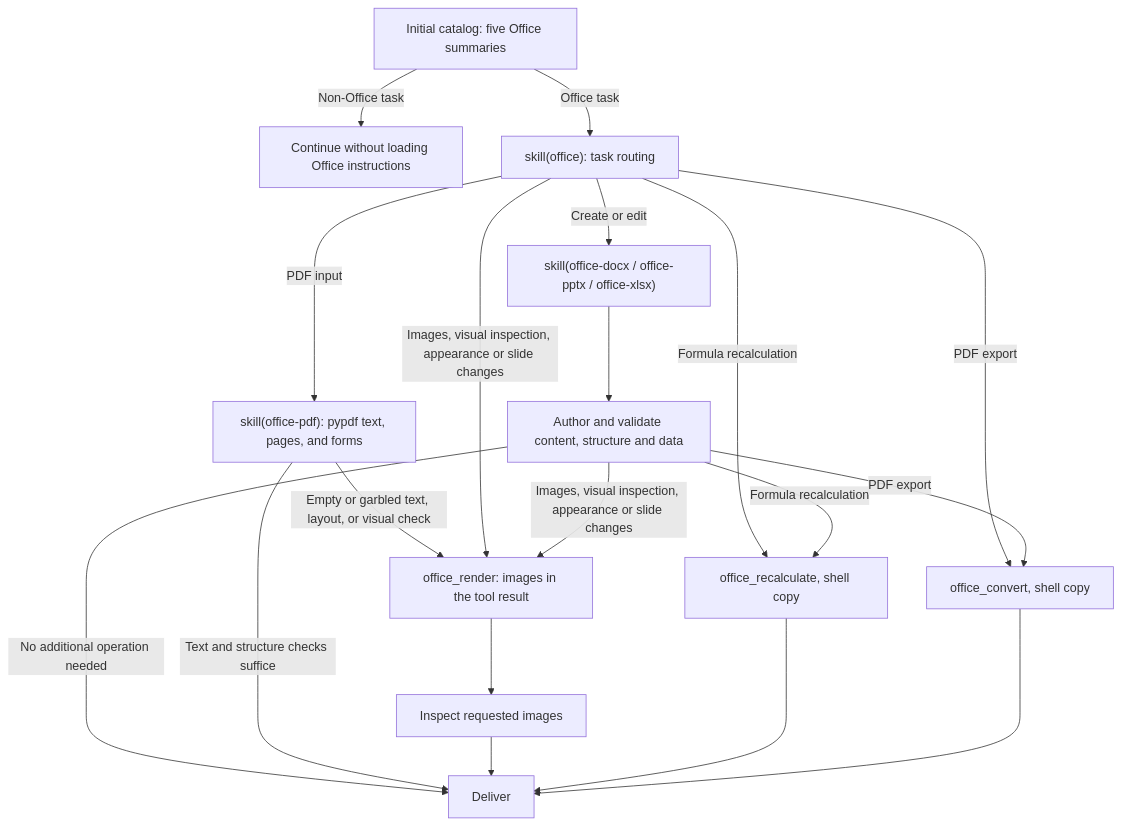
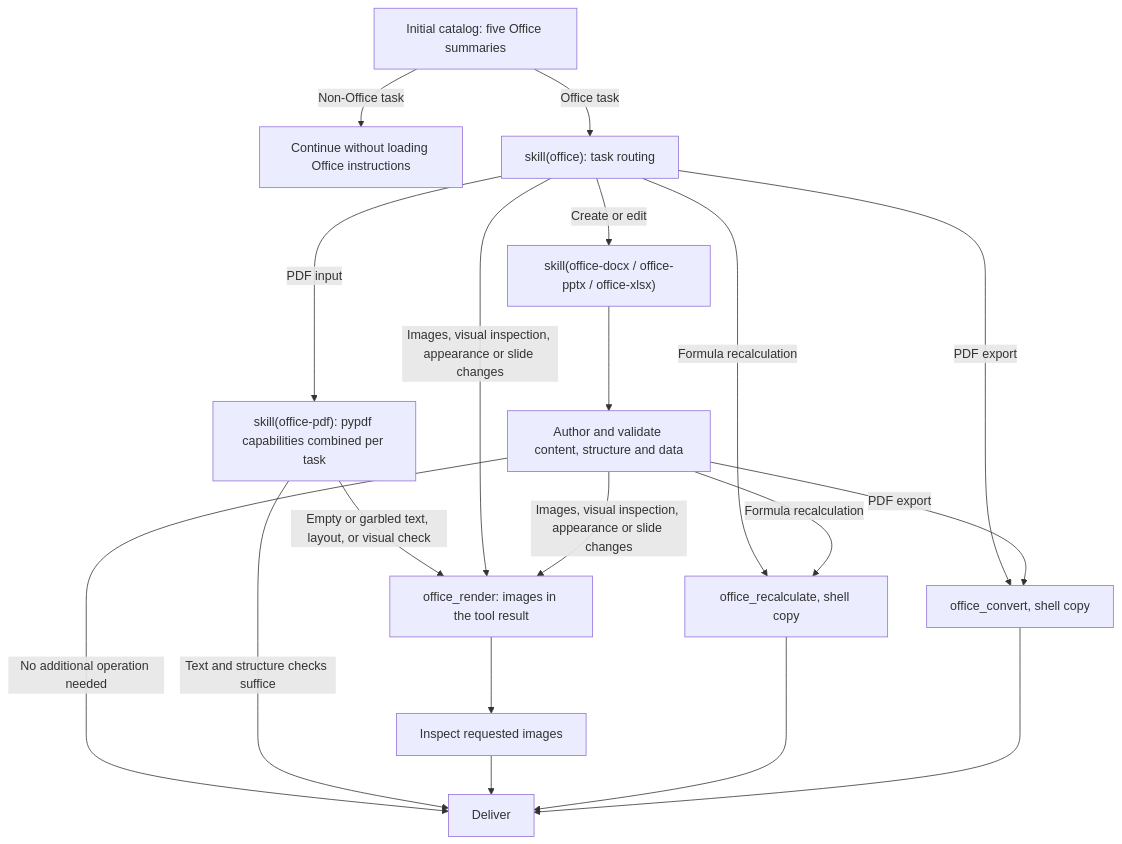
One commit to deepseek-ai/deepseek-harness changed the diagram in packages/skill/skill-office/README.md. Above: the diagram before and after it, drawn with Mermaid. The commit also changed other lines of this file and 6 other files, not shown here.

First line of the commit message:
docs(skill-office): 按正交能力重写 office-pdf 技能

````diff
--- a/packages/skill/skill-office/README.md
+++ b/packages/skill/skill-office/README.md
@@ -50,27 +50,27 @@
 ```mermaid
 flowchart TD
     A["Initial catalog: five Office summaries"]
     A -->|Non-Office task| N["Continue without loading Office instructions"]
     A -->|Office task| B["skill(office): task routing"]
 
     B -->|Create or edit| C["skill(office-docx / office-pptx / office-xlsx)"]
     C --> D["Author and validate content, structure and data"]
     D -->|No additional operation needed| F["Deliver"]
 
-    B -->|PDF input| G["skill(office-pdf): pypdf text, pages, and forms"]
+    B -->|PDF input| G["skill(office-pdf): pypdf capabilities combined per task"]
     G -->|Text and structure checks suffice| F
     G -->|Empty or garbled text, layout, or visual check| R
 
     B -->|Images, visual inspection, appearance or slide changes| R["office_render: images in the tool result"]
     D -->|Images, visual inspection, appearance or slide changes| R
     R --> V["Inspect requested images"]
     V --> F
 
     B -->|Formula recalculation| X["office_recalculate, shell copy"]
     D -->|Formula recalculation| X
     X --> F
 
     B -->|PDF export| P["office_convert, shell copy"]
     D -->|PDF export| P
     P --> F
 ```
````
